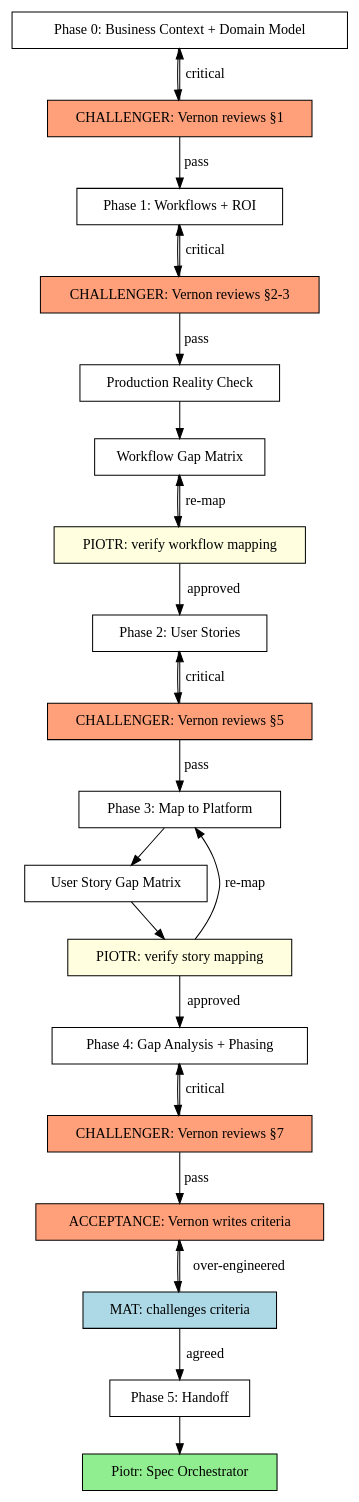
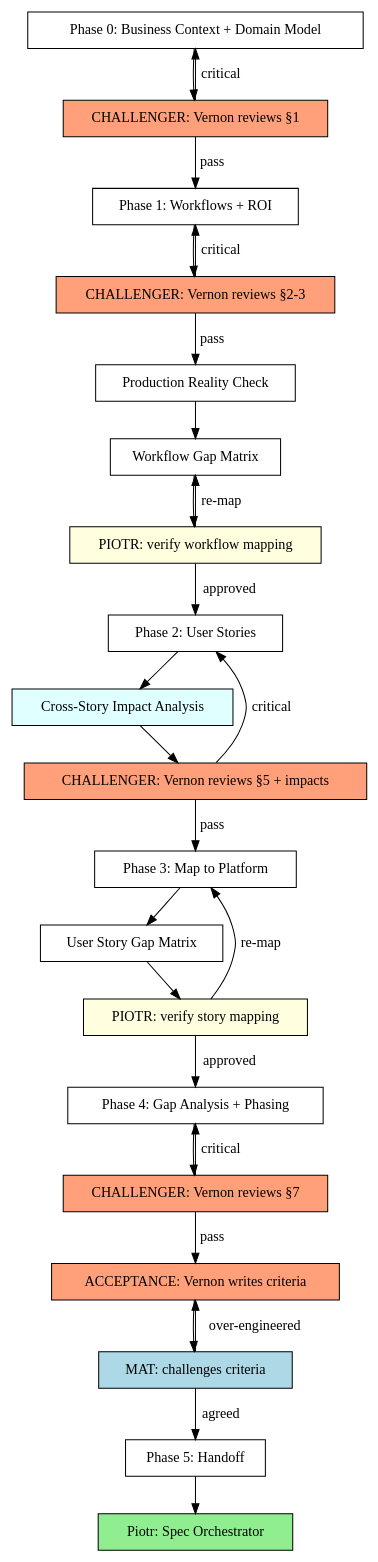
The diagram in skills/om-product-manager/SKILL.md (SHGrowth/open-mercato-superpowers), drawn with Graphviz before and after one commit. The commit also changed other lines of this file and 2 other files, not shown here.

First line of the commit message:
feat(om-product-manager): add cross-story impact analysis to Phase 2

````diff
--- a/skills/om-product-manager/SKILL.md
+++ b/skills/om-product-manager/SKILL.md
@@ -299,49 +333,51 @@
 ```dot
 digraph flow {
     rankdir=TB;
     "Phase 0: Business Context + Domain Model" [shape=box];
     "CHALLENGER: Vernon reviews §1" [shape=box style=filled fillcolor=lightsalmon];
     "Phase 1: Workflows + ROI" [shape=box];
     "CHALLENGER: Vernon reviews §2-3" [shape=box style=filled fillcolor=lightsalmon];
     "Production Reality Check" [shape=box];
     "Workflow Gap Matrix" [shape=box];
     "PIOTR: verify workflow mapping" [shape=box style=filled fillcolor=lightyellow];
     "Phase 2: User Stories" [shape=box];
-    "CHALLENGER: Vernon reviews §5" [shape=box style=filled fillcolor=lightsalmon];
+    "Cross-Story Impact Analysis" [shape=box style=filled fillcolor=lightcyan];
+    "CHALLENGER: Vernon reviews §5 + impacts" [shape=box style=filled fillcolor=lightsalmon];
     "Phase 3: Map to Platform" [shape=box];
     "User Story Gap Matrix" [shape=box];
     "PIOTR: verify story mapping" [shape=box style=filled fillcolor=lightyellow];
     "Phase 4: Gap Analysis + Phasing" [shape=box];
     "CHALLENGER: Vernon reviews §7" [shape=box style=filled fillcolor=lightsalmon];
     "Phase 5: Handoff" [shape=box];
     "Piotr: Spec Orchestrator" [shape=box style=filled fillcolor=lightgreen];
 
     "Phase 0: Business Context + Domain Model" -> "CHALLENGER: Vernon reviews §1";
     "CHALLENGER: Vernon reviews §1" -> "Phase 1: Workflows + ROI" [label="pass"];
     "CHALLENGER: Vernon reviews §1" -> "Phase 0: Business Context + Domain Model" [label="critical"];
     "Phase 1: Workflows + ROI" -> "CHALLENGER: Vernon reviews §2-3";
     "CHALLENGER: Vernon reviews §2-3" -> "Production Reality Check" [label="pass"];
     "CHALLENGER: Vernon reviews §2-3" -> "Phase 1: Workflows + ROI" [label="critical"];
     "Production Reality Check" -> "Workflow Gap Matrix";
     "Workflow Gap Matrix" -> "PIOTR: verify workflow mapping";
     "PIOTR: verify workflow mapping" -> "Phase 2: User Stories" [label="approved"];
     "PIOTR: verify workflow mapping" -> "Workflow Gap Matrix" [label="re-map"];
-    "Phase 2: User Stories" -> "CHALLENGER: Vernon reviews §5";
-    "CHALLENGER: Vernon reviews §5" -> "Phase 3: Map to Platform" [label="pass"];
-    "CHALLENGER: Vernon reviews §5" -> "Phase 2: User Stories" [label="critical"];
+    "Phase 2: User Stories" -> "Cross-Story Impact Analysis";
+    "Cross-Story Impact Analysis" -> "CHALLENGER: Vernon reviews §5 + impacts";
+    "CHALLENGER: Vernon reviews §5 + impacts" -> "Phase 3: Map to Platform" [label="pass"];
+    "CHALLENGER: Vernon reviews §5 + impacts" -> "Phase 2: User Stories" [label="critical"];
     "Phase 3: Map to Platform" -> "User Story Gap Matrix";
     "User Story Gap Matrix" -> "PIOTR: verify story mapping";
     "PIOTR: verify story mapping" -> "Phase 4: Gap Analysis + Phasing" [label="approved"];
     "PIOTR: verify story mapping" -> "Phase 3: Map to Platform" [label="re-map"];
     "Phase 4: Gap Analysis + Phasing" -> "CHALLENGER: Vernon reviews §7";
     "CHALLENGER: Vernon reviews §7" -> "ACCEPTANCE: Vernon writes criteria" [label="pass"];
     "CHALLENGER: Vernon reviews §7" -> "Phase 4: Gap Analysis + Phasing" [label="critical"];
     "ACCEPTANCE: Vernon writes criteria" -> "MAT: challenges criteria";
     "MAT: challenges criteria" -> "Phase 5: Handoff" [label="agreed"];
     "MAT: challenges criteria" -> "ACCEPTANCE: Vernon writes criteria" [label="over-engineered"];
     "Phase 5: Handoff" -> "Piotr: Spec Orchestrator";
 
     "ACCEPTANCE: Vernon writes criteria" [shape=box style=filled fillcolor=lightsalmon];
     "MAT: challenges criteria" [shape=box style=filled fillcolor=lightblue];
 }
 ```
````
